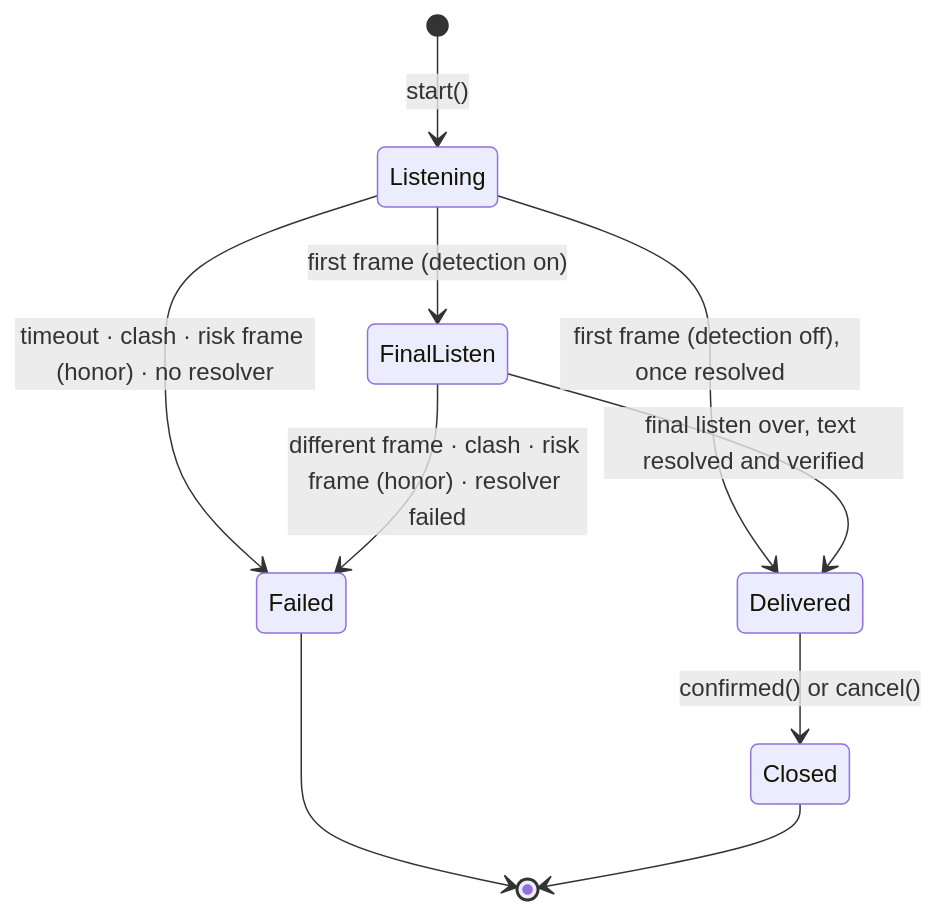
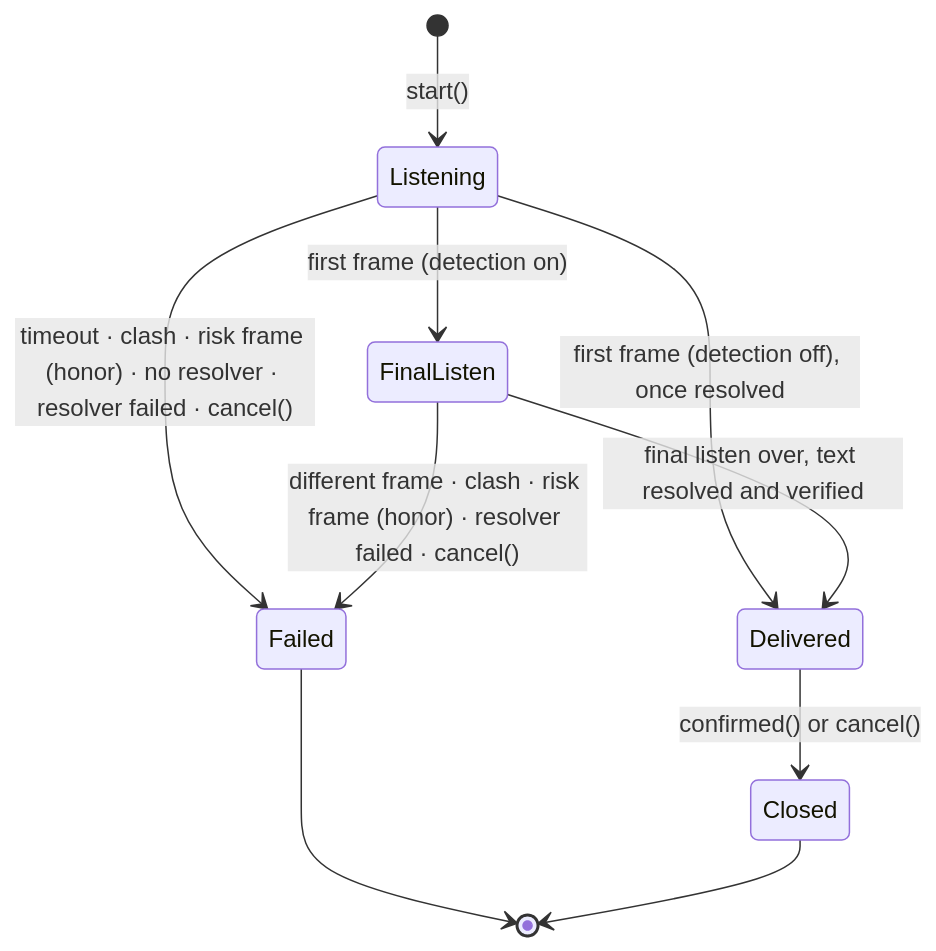
The third of 7 diagrams in docs/SESSION.md (beaglecoder/bysound), drawn with Mermaid before and after one commit. The commit also changed other lines of this file and 96 other files, not shown here.

````diff
--- a/docs/SESSION.md
+++ b/docs/SESSION.md
@@ -235,12 +240,12 @@
 ```mermaid
 stateDiagram-v2
   [*] --> Listening: start()
   Listening --> FinalListen: first frame (detection on)
   Listening --> Delivered: first frame (detection off), once resolved
-  Listening --> Failed: timeout · clash · risk frame (honor) · no resolver
+  Listening --> Failed: timeout · clash · risk frame (honor) · no resolver · resolver failed · cancel()
   FinalListen --> Delivered: final listen over, text resolved and verified
-  FinalListen --> Failed: different frame · clash · risk frame (honor) · resolver failed
+  FinalListen --> Failed: different frame · clash · risk frame (honor) · resolver failed · cancel()
   Delivered --> Closed: confirmed() or cancel()
   Failed --> [*]
   Closed --> [*]
 ```
````
